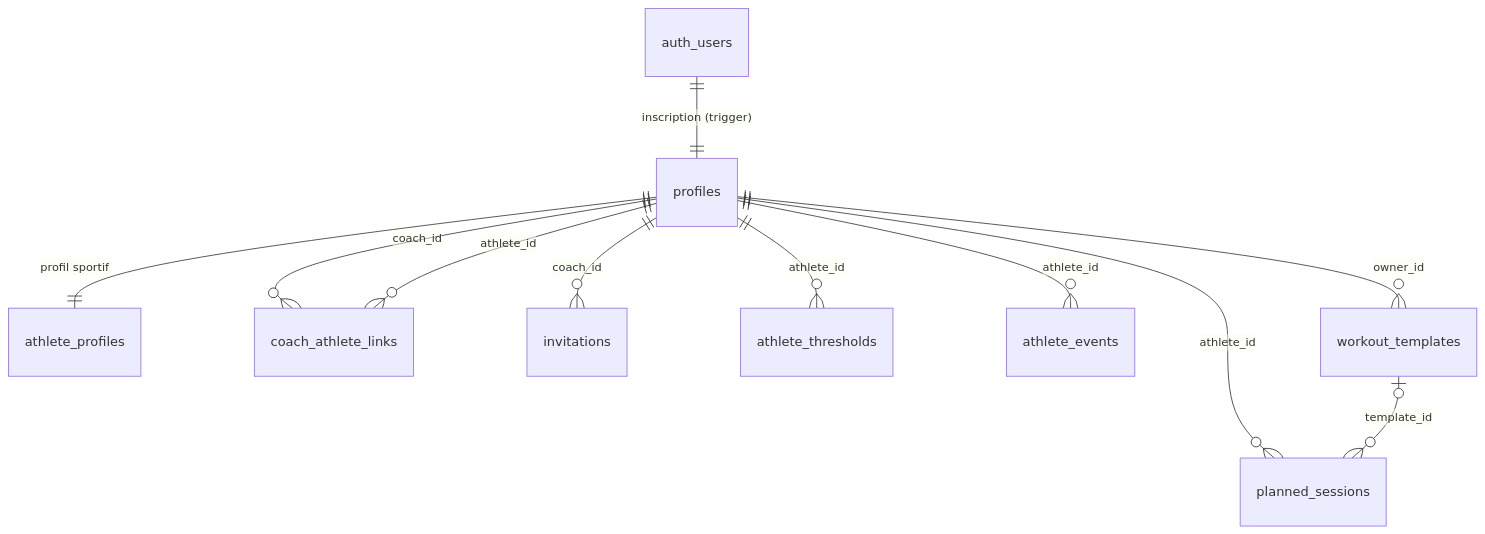
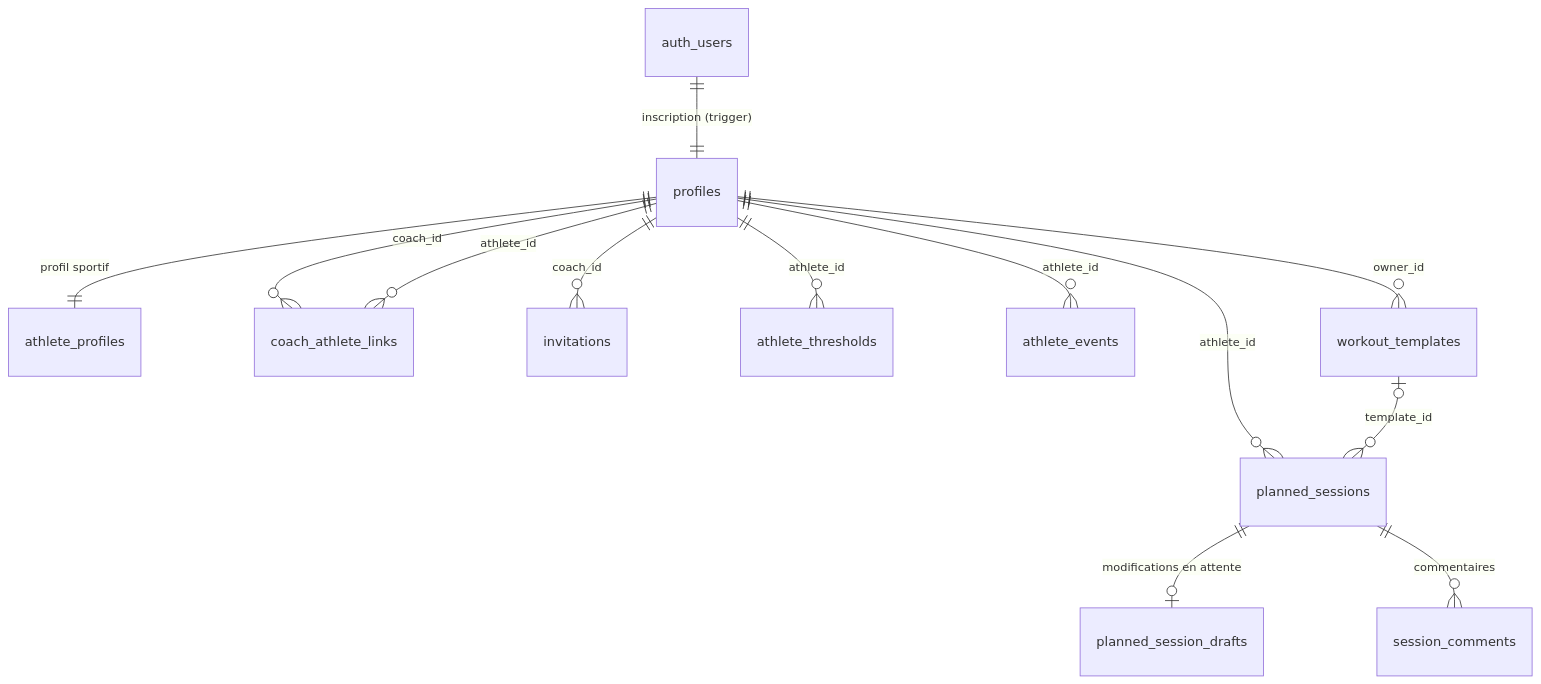
The diagram in docs/SCHEMA.md (gege12-c/new), drawn with Mermaid before and after one commit. The commit also changed other lines of this file and 2 other files, not shown here.

````diff
--- a/docs/SCHEMA.md
+++ b/docs/SCHEMA.md
@@ -14,13 +14,15 @@
 ```mermaid
 erDiagram
   auth_users ||--|| profiles : "inscription (trigger)"
   profiles ||--|| athlete_profiles : "profil sportif"
   profiles ||--o{ coach_athlete_links : "coach_id"
   profiles ||--o{ coach_athlete_links : "athlete_id"
   profiles ||--o{ invitations : "coach_id"
   profiles ||--o{ athlete_thresholds : "athlete_id"
   profiles ||--o{ athlete_events : "athlete_id"
   profiles ||--o{ workout_templates : "owner_id"
   profiles ||--o{ planned_sessions : "athlete_id"
   workout_templates |o--o{ planned_sessions : "template_id"
+  planned_sessions ||--o| planned_session_drafts : "modifications en attente"
+  planned_sessions ||--o{ session_comments : "commentaires"
 ```
````
